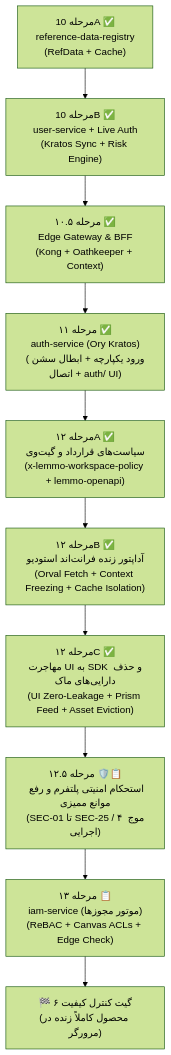
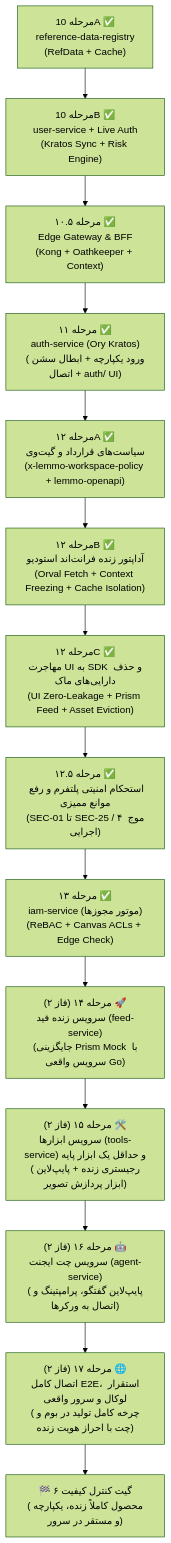
One commit to itstalentnet/dotdive changed the second of 3 diagrams in docs/lemmo/03-backend/roadmap.md. Above: the diagram before and after it, drawn with Mermaid (forest theme). The commit also changed other lines of this file, not shown here.

Commit message:
docs(roadmap): reprioritize Phase 2 for feed, tools, agent and full server deployment

````diff
--- a/docs/lemmo/03-backend/roadmap.md
+++ b/docs/lemmo/03-backend/roadmap.md
@@ -121,12 +121,16 @@
 ```mermaid
 flowchart TD
     S10A["مرحله 10A ✅<br>reference-data-registry<br>(RefData + Cache)"] --> S10B["مرحله 10B ✅<br>user-service + Live Auth<br>(Kratos Sync + Risk Engine)"]
     S10B --> S105["مرحله ۱۰.۵ ✅<br>Edge Gateway & BFF<br>(Kong + Oathkeeper + Context)"]
     S105 --> S11["مرحله ۱۱ ✅<br>auth-service (Ory Kratos)<br>(ورود یکپارچه + ابطال سشن + اتصال auth/ UI)"]
     S11 --> S12A["مرحله ۱۲A ✅<br>سیاست‌های قرارداد و گیت‌وی<br>(x-lemmo-workspace-policy + lemmo-openapi)"]
     S12A --> S12B["مرحله ۱۲B ✅<br>آداپتور زنده فرانت‌اند استودیو<br>(Orval Fetch + Context Freezing + Cache Isolation)"]
     S12B --> S12C["مرحله ۱۲C ✅<br>مهاجرت UI به SDK و حذف دارایی‌های ماک<br>(UI Zero-Leakage + Prism Feed + Asset Eviction)"]
-    S12C --> S125["مرحله ۱۲.۵ 🛡️📋<br>استحکام امنیتی پلتفرم و رفع موانع ممیزی<br>(SEC-01 تا SEC-25 / ۴ موج اجرایی)"]
-    S125 --> S13["مرحله ۱۳ 📋<br>iam-service (موتور مجوزها)<br>(ReBAC + Canvas ACLs + Edge Check)"]
-    S13 --> Gate6["🏁 گیت کنترل کیفیت ۶<br>(محصول کاملاً زنده در مرورگر)"]
+    S12C --> S125["مرحله ۱۲.۵ ✅<br>استحکام امنیتی پلتفرم و رفع موانع ممیزی<br>(SEC-01 تا SEC-25 / ۴ موج اجرایی)"]
+    S125 --> S13["مرحله ۱۳ ✅<br>iam-service (موتور مجوزها)<br>(ReBAC + Canvas ACLs + Edge Check)"]
+    S13 --> S14["مرحله ۱۴ (فاز ۲) 🚀<br>سرویس زنده فید (feed-service)<br>(جایگزینی Prism Mock با سرویس واقعی Go)"]
+    S14 --> S15["مرحله ۱۵ (فاز ۲) 🛠️<br>سرویس ابزارها (tools-service) و حداقل یک ابزار پایه<br>(رجیستری زنده + پایپ‌لاین ابزار پردازش تصویر)"]
+    S15 --> S16["مرحله ۱۶ (فاز ۲) 🤖<br>سرویس چت ایجنت (agent-service)<br>(پایپ‌لاین گفتگو، پرامپتینگ و اتصال به ورکرها)"]
+    S16 --> S17["مرحله ۱۷ (فاز ۲) 🌐<br>اتصال کامل E2E، استقرار لوکال و سرور واقعی<br>(چرخه کامل تولید در بوم و چت با احراز هویت زنده)"]
+    S17 --> Gate6["🏁 گیت کنترل کیفیت ۶<br>(محصول کاملاً زنده، یکپارچه و مستقر در سرور)"]
 ```
````
